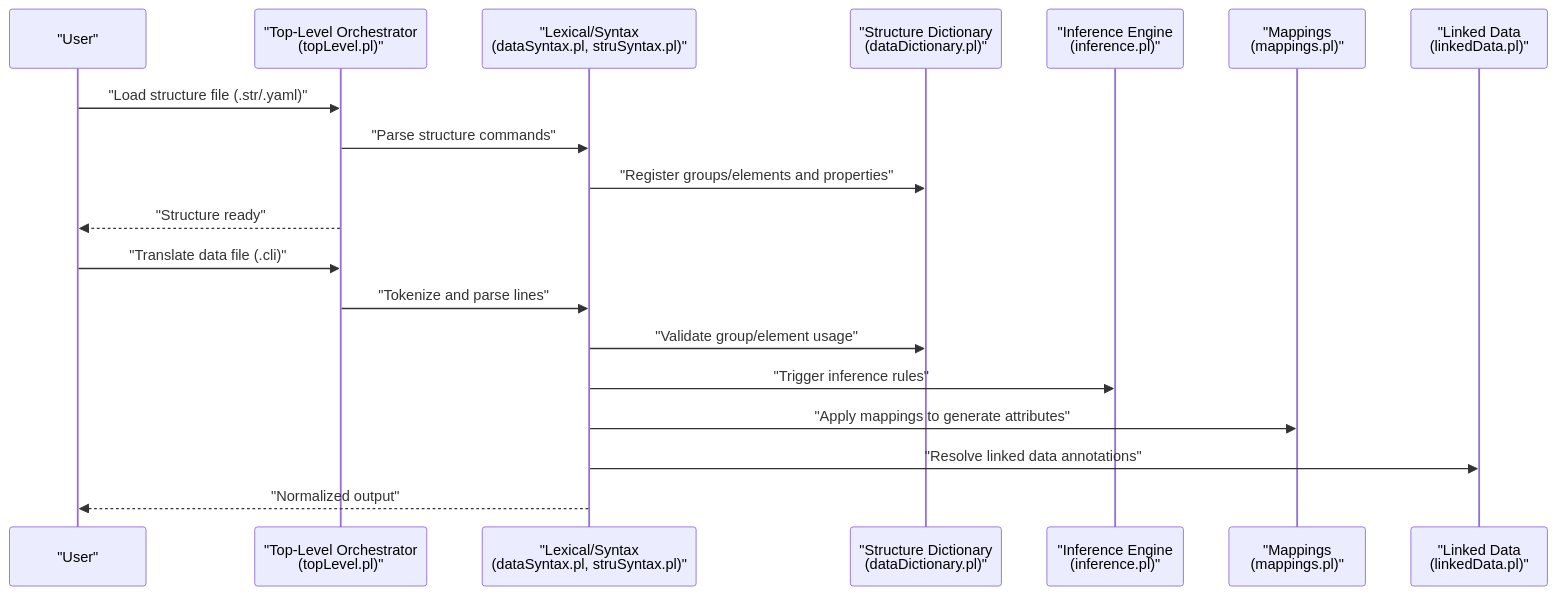
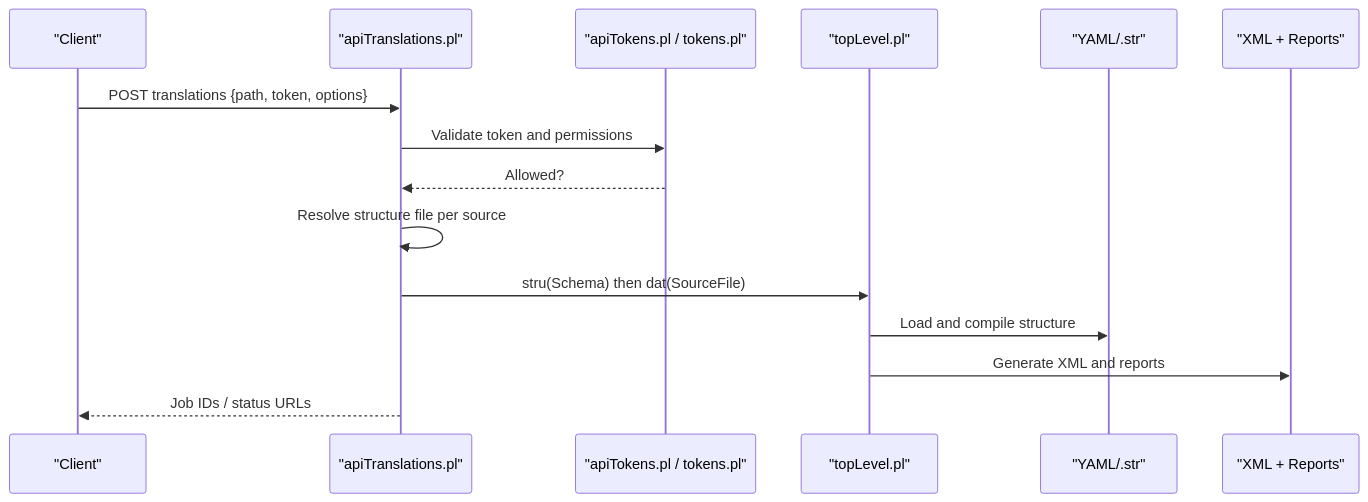
The second of 10 diagrams in .qoder/repowiki/en/content/Core Concepts/Core Concepts.md (time-link/timelink-kleio), drawn with Mermaid before and after one commit. The commit also changed other lines of this file and 225 other files, not shown here.

````diff
--- a/.qoder/repowiki/en/content/Core Concepts/Core Concepts.md
+++ b/.qoder/repowiki/en/content/Core Concepts/Core Concepts.md
@@ -104,21 +139,17 @@
 ```mermaid
 sequenceDiagram
-participant U as "User"
-participant TL as "Top-Level Orchestrator<br/>(topLevel.pl)"
-participant LS as "Lexical/Syntax<br/>(dataSyntax.pl, struSyntax.pl)"
-participant SD as "Structure Dictionary<br/>(dataDictionary.pl)"
-participant IF as "Inference Engine<br/>(inference.pl)"
-participant MP as "Mappings<br/>(mappings.pl)"
-participant LD as "Linked Data<br/>(linkedData.pl)"
-U->>TL : "Load structure file (.str/.yaml)"
-TL->>LS : "Parse structure commands"
-LS->>SD : "Register groups/elements and properties"
-TL-->>U : "Structure ready"
-U->>TL : "Translate data file (.cli)"
-TL->>LS : "Tokenize and parse lines"
-LS->>SD : "Validate group/element usage"
-LS->>IF : "Trigger inference rules"
-LS->>MP : "Apply mappings to generate attributes"
-LS->>LD : "Resolve linked data annotations"
-LS-->>U : "Normalized output"
+participant Client as "Client"
+participant API as "apiTranslations.pl"
+participant Auth as "apiTokens.pl / tokens.pl"
+participant Engine as "topLevel.pl"
+participant Schema as "YAML/.str"
+participant Output as "XML + Reports"
+Client->>API : POST translations {path, token, options}
+API->>Auth : Validate token and permissions
+Auth-->>API : Allowed?
+API->>API : Resolve structure file per source
+API->>Engine : stru(Schema) then dat(SourceFile)
+Engine->>Schema : Load and compile structure
+Engine->>Output : Generate XML and reports
+API-->>Client : Job IDs / status URLs
 ```
````
